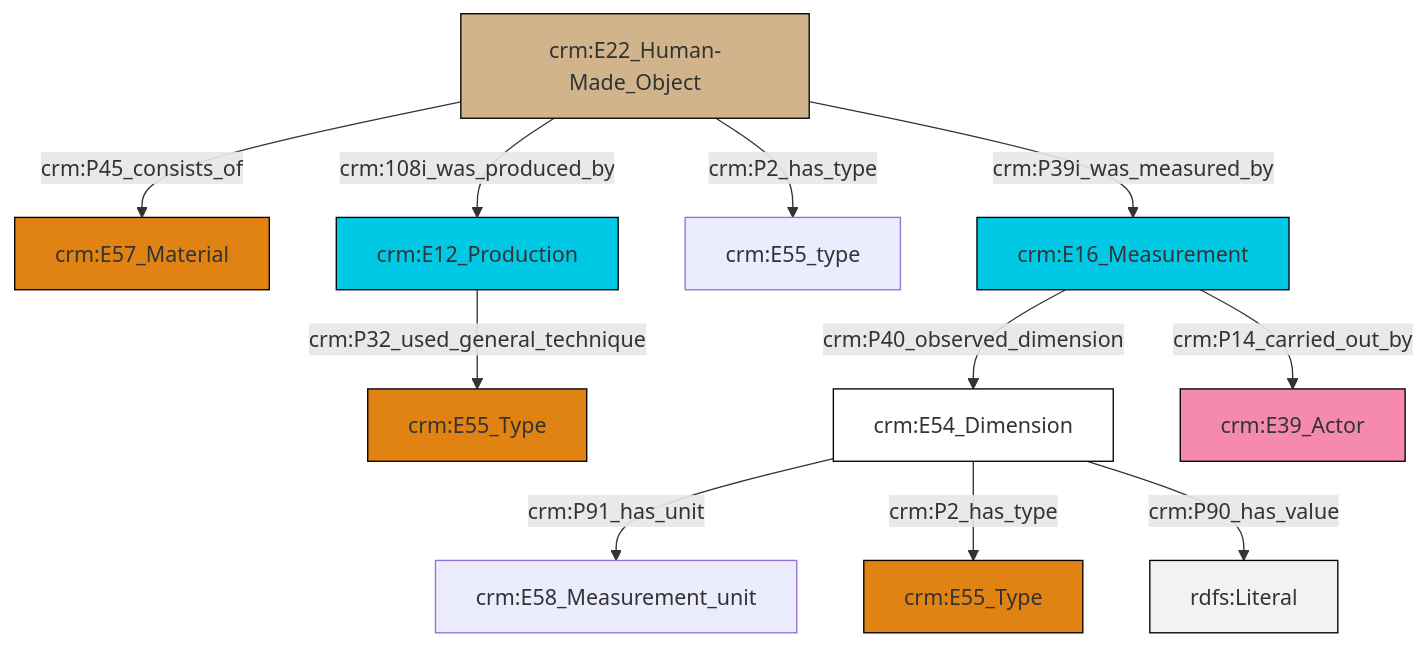
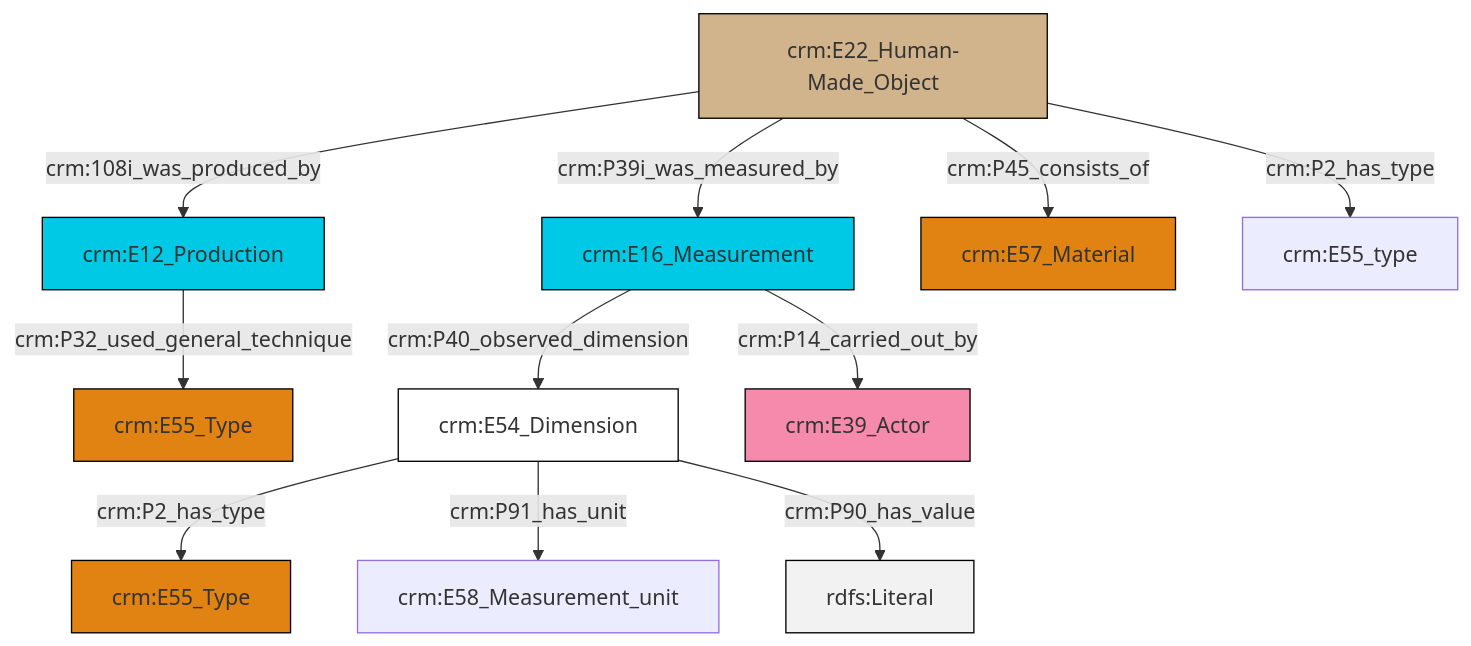
Before and after one commit to swiss-art-research-net/reference-data-models: the diagram in et/artworkCSV/ttl/mmd/Artwork_substance.ttl.mmd, drawn with Mermaid. The commit also changed 125 other files, not shown here.

```diff
--- a/et/artworkCSV/ttl/mmd/Artwork_substance.ttl.mmd
+++ b/et/artworkCSV/ttl/mmd/Artwork_substance.ttl.mmd
@@ -1,25 +1,25 @@
 graph TD
 classDef Literal fill:#f2f2f2,stroke:#000000;
 classDef CRM_Entity fill:#FFFFFF,stroke:#000000;
 classDef Temporal_Entity fill:#00C9E6, stroke:#000000;
 classDef Type fill:#E18312, stroke:#000000;
 classDef Time-Span fill:#2C9C91, stroke:#000000;
 classDef Appellation fill:#FFEB7F, stroke:#000000;
 classDef Place fill:#008836, stroke:#000000;
 classDef Persistent_Item fill:#B266B2, stroke:#000000;
 classDef Conceptual_Object fill:#FFD700, stroke:#000000;
 classDef Physical_Thing fill:#D2B48C, stroke:#000000;
 classDef Actor fill:#f58aad, stroke:#000000;
 classDef PC_Classes fill:#4ce600, stroke:#000000;
 classDef Multi fill:#cccccc,stroke:#000000;
 
-4["crm:E16_Measurement"]:::Temporal_Entity -->|crm:P40_observed_dimension| 5["crm:E54_Dimension"]:::CRM_Entity
-5["crm:E54_Dimension"]:::CRM_Entity -->|crm:P91_has_unit| 6["crm:E58_Measurement_unit"]:::Default
-5["crm:E54_Dimension"]:::CRM_Entity -->|crm:P2_has_type| 8["crm:E55_Type"]:::Type
-10["crm:E22_Human-Made_Object"]:::Physical_Thing -->|crm:P45_consists_of| 2["crm:E57_Material"]:::Type
-15["crm:E12_Production"]:::Temporal_Entity -->|crm:P32_used_general_technique| 0["crm:E55_Type"]:::Type
-4["crm:E16_Measurement"]:::Temporal_Entity -->|crm:P14_carried_out_by| 16["crm:E39_Actor"]:::Actor
-10["crm:E22_Human-Made_Object"]:::Physical_Thing -->|crm:P39i_was_measured_by| 4["crm:E16_Measurement"]:::Temporal_Entity
-10["crm:E22_Human-Made_Object"]:::Physical_Thing -->|crm:P2_has_type| 13["crm:E55_type"]:::Default
-10["crm:E22_Human-Made_Object"]:::Physical_Thing -->|crm:108i_was_produced_by| 15["crm:E12_Production"]:::Temporal_Entity
-5["crm:E54_Dimension"]:::CRM_Entity -->|crm:P90_has_value| 20[rdfs:Literal]:::Literal
+2["crm:E22_Human-Made_Object"]:::Physical_Thing -->|crm:108i_was_produced_by| 4["crm:E12_Production"]:::Temporal_Entity
+2["crm:E22_Human-Made_Object"]:::Physical_Thing -->|crm:P39i_was_measured_by| 6["crm:E16_Measurement"]:::Temporal_Entity
+2["crm:E22_Human-Made_Object"]:::Physical_Thing -->|crm:P45_consists_of| 7["crm:E57_Material"]:::Type
+2["crm:E22_Human-Made_Object"]:::Physical_Thing -->|crm:P2_has_type| 0["crm:E55_type"]:::Default
+4["crm:E12_Production"]:::Temporal_Entity -->|crm:P32_used_general_technique| 10["crm:E55_Type"]:::Type
+6["crm:E16_Measurement"]:::Temporal_Entity -->|crm:P40_observed_dimension| 8["crm:E54_Dimension"]:::CRM_Entity
+8["crm:E54_Dimension"]:::CRM_Entity -->|crm:P2_has_type| 11["crm:E55_Type"]:::Type
+6["crm:E16_Measurement"]:::Temporal_Entity -->|crm:P14_carried_out_by| 12["crm:E39_Actor"]:::Actor
+8["crm:E54_Dimension"]:::CRM_Entity -->|crm:P91_has_unit| 17["crm:E58_Measurement_unit"]:::Default
+8["crm:E54_Dimension"]:::CRM_Entity -->|crm:P90_has_value| 19[rdfs:Literal]:::Literal
```
